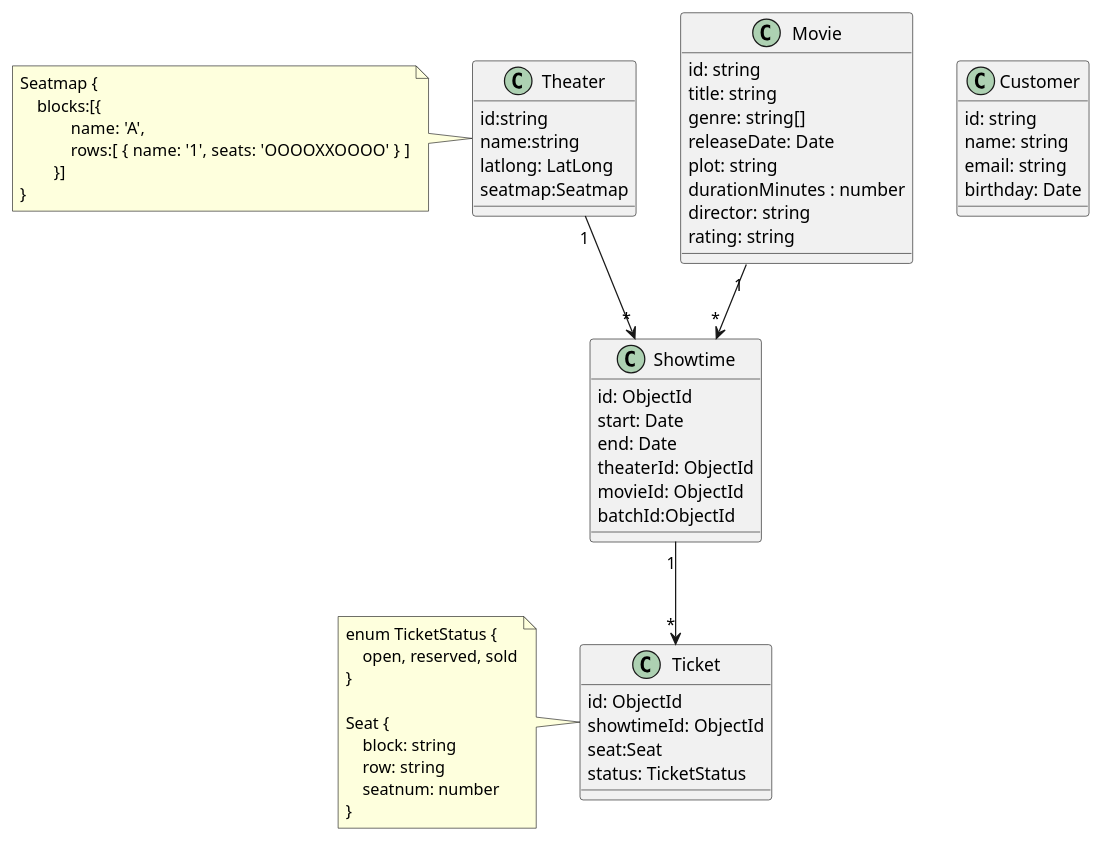
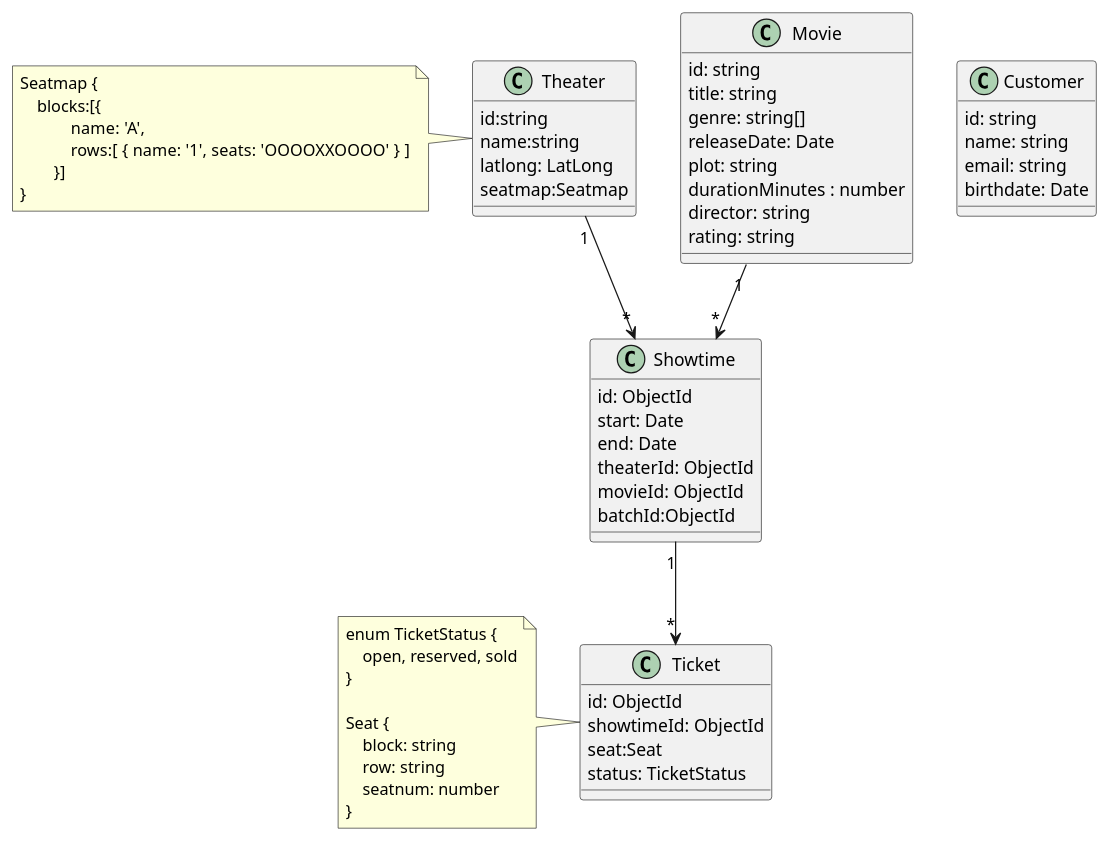
The diagram in docs/entities.md (hunjuly/nest-seed), drawn with PlantUML before and after one commit. The commit also changed 13 other files, not shown here.

````diff
--- a/docs/entities.md
+++ b/docs/entities.md
@@ -19,68 +19,68 @@
 ```plantuml
 @startuml
 class Customer {
     id: string
     name: string
     email: string
-    birthday: Date
+    birthdate: Date
 }
 
 class Movie {
     id: string
     title: string
     genre: string[]
     releaseDate: Date
     plot: string
     durationMinutes : number
     director: string
     rating: string
 }
 
 class Theater{
     id:string
     name:string
     latlong: LatLong
     seatmap:Seatmap
 }
 note left
 Seatmap {
     blocks:[{
             name: 'A',
             rows:[ {  name: '1', seats: 'OOOOXXOOOO' } ]
         }]
 }
 end note
 
 class Showtime {
     id: ObjectId
     start: Date
     end: Date
     theaterId: ObjectId
     movieId: ObjectId
     batchId:ObjectId
 }
 
 class Ticket {
     id: ObjectId
     showtimeId: ObjectId
     seat:Seat
     status: TicketStatus
 }
 
 note left
 enum TicketStatus {
     open, reserved, sold
 }
 
 Seat {
     block: string
     row: string
     seatnum: number
 }
 end note
 
 Showtime "1" --> "*" Ticket
 Movie "1" --> "*" Showtime
 Theater "1" --> "*" Showtime
 @enduml
 ```
````
